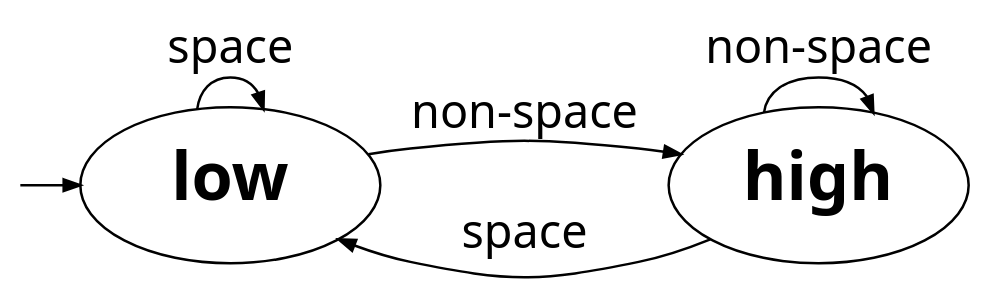
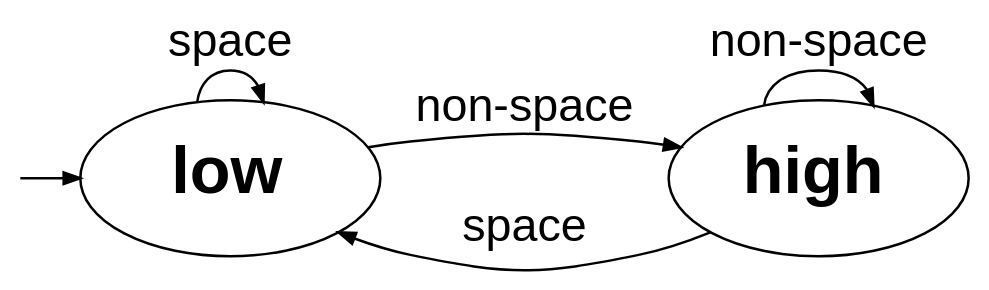
Before and after one commit to skeeto/skeeto.github.com: the diagram in img/diagram/wordcount.dot, drawn with Graphviz. The commit also changed 5 other files, not shown here.

First line of the commit message:
Use "sans-serif" instead of "sans" for diagram fonts

```diff
--- a/img/diagram/wordcount.dot
+++ b/img/diagram/wordcount.dot
@@ -1,13 +1,13 @@
 digraph {
     graph [rankdir=LR];
-    node [fontname="sans" fontsize=40 width=2.5 margin=0.15 shape=oval penwidth=1.5];
-    edge [fontname="sans" fontsize=28 penwidth=1.5];
+    node [fontname="sans-serif" fontsize=40 width=2.5 margin=0.15 shape=oval penwidth=1.5];
+    edge [fontname="sans-serif" fontsize=28 penwidth=1.5];
     low [label=<<b>low</b>>]
     high [label=<<b>high</b>>]
     low  -> high [label="non-space"];
     low  -> low  [label="space"];
     high -> low  [label="\nspace"];
     high -> high [label="non-space"];
     root [style="invis" shape=point width=0];
     root:e -> low:w;
 }
```
